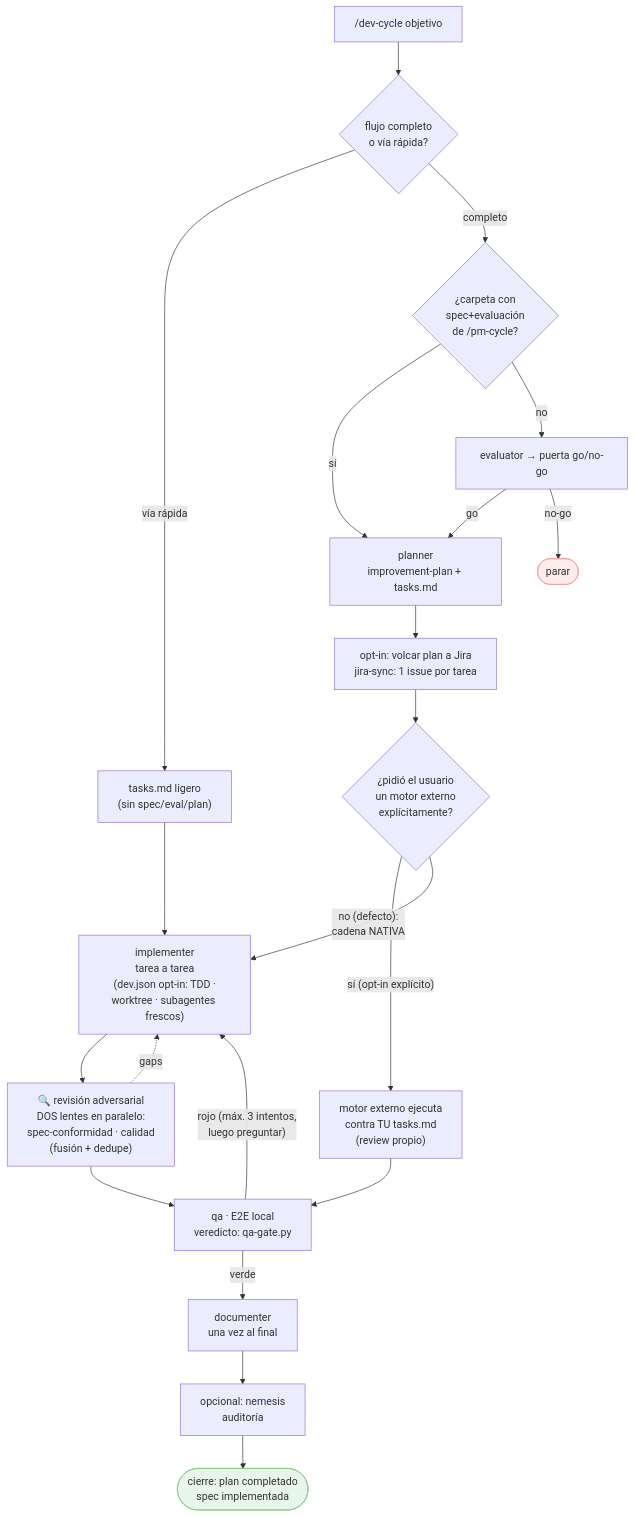
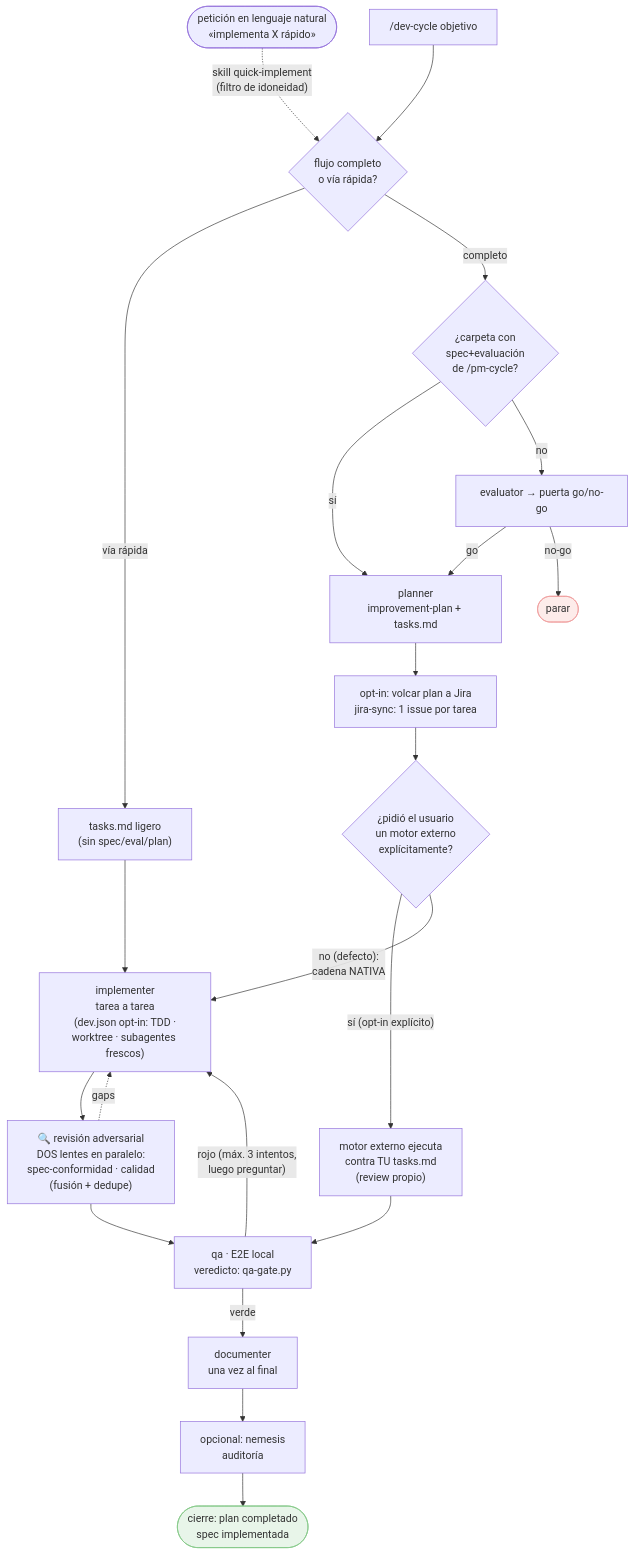
One commit to daycry/custom-agents changed the fourth of 9 diagrams in docs/FLOWS.md. Above: the diagram before and after it, drawn with Mermaid. The commit also changed other lines of this file and 16 other files, not shown here.

Commit message:
release 1.12.0: skill quick-implement (atajo en lenguaje natural a la vía rápida)

````diff
--- a/docs/FLOWS.md
+++ b/docs/FLOWS.md
@@ -78,25 +80,26 @@
 ```mermaid
 flowchart TD
+    NL(["petición en lenguaje natural<br/>«implementa X rápido»"]) -.->|"skill quick-implement<br/>(filtro de idoneidad)"| Z
     A["/dev-cycle objetivo"] --> Z{"flujo completo<br/>o vía rápida?"}
     Z -->|vía rápida| Q["tasks.md ligero<br/>(sin spec/eval/plan)"]
     Q --> H
     Z -->|completo| B{"¿carpeta con<br/>spec+evaluación<br/>de /pm-cycle?"}
     B -->|sí| D
     B -->|no| C["evaluator → puerta go/no-go"]
     C -->|go| D["planner<br/>improvement-plan + tasks.md"]
     C -->|no-go| X(["parar"])
     D --> E["opt-in: volcar plan a Jira<br/>jira-sync: 1 issue por tarea"]
     E --> F{"¿pidió el usuario<br/>un motor externo<br/>explícitamente?"}
     F -->|"sí (opt-in explícito)"| G["motor externo ejecuta<br/>contra TU tasks.md<br/>(review propio)"]
     F -->|"no (defecto):<br/>cadena NATIVA"| H["implementer<br/>tarea a tarea<br/>(dev.json opt-in: TDD ·<br/>worktree · subagentes frescos)"]
     H --> R["🔍 revisión adversarial<br/>DOS lentes en paralelo:<br/>spec-conformidad · calidad<br/>(fusión + dedupe)"]
     R -.->|gaps| H
     G --> I["qa · E2E local<br/>veredicto: qa-gate.py"]
     R --> I
     I -->|"rojo (máx. 3 intentos,<br/>luego preguntar)"| H
     I -->|verde| J["documenter<br/>una vez al final"]
     J --> K["opcional: nemesis<br/>auditoría"]
     K --> L(["cierre: plan completado<br/>spec implementada"])
     style X fill:#fdecea,stroke:#ef9a9a
     style L fill:#e8f5e9,stroke:#81c784
 ```
````
